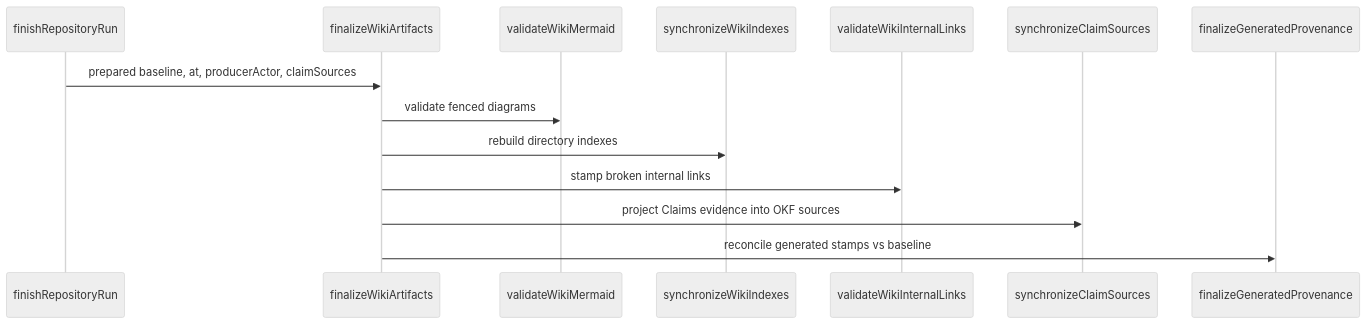
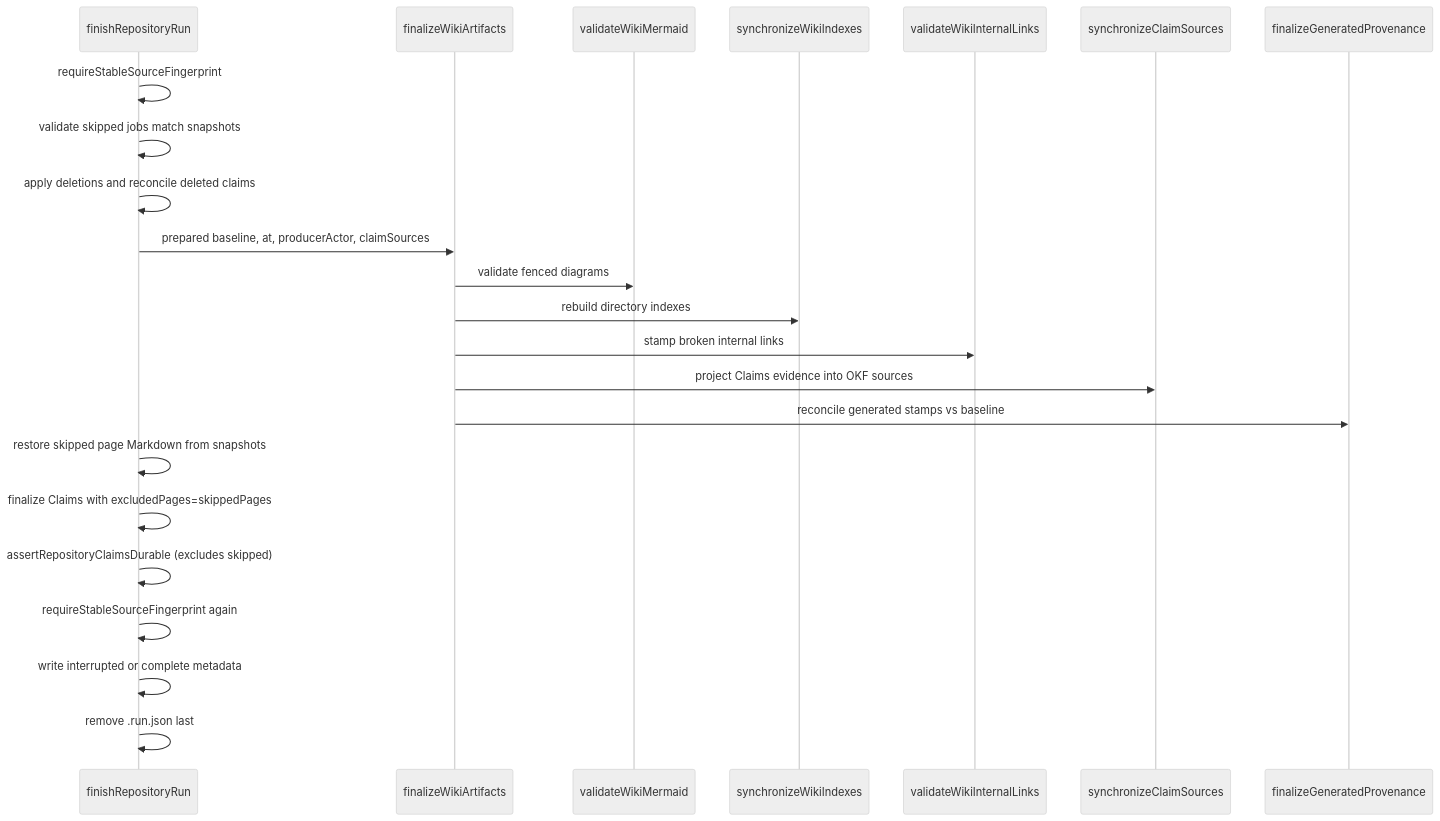
Before and after one commit to Christian-Sidak/openwiki: the diagram in openwiki/workflows/wiki-finalization.md, drawn with Mermaid (neutral theme). The commit also changed other lines of this file and 19 other files, not shown here.

````diff
--- a/openwiki/workflows/wiki-finalization.md
+++ b/openwiki/workflows/wiki-finalization.md
@@ -64,16 +64,25 @@
 ```mermaid
 sequenceDiagram
     participant Caller as finishRepositoryRun
     participant Fin as finalizeWikiArtifacts
     participant Mermaid as validateWikiMermaid
     participant Index as synchronizeWikiIndexes
     participant LinkVal as validateWikiInternalLinks
     participant Claims as synchronizeClaimSources
     participant Prov as finalizeGeneratedProvenance
+    Caller->>Caller: requireStableSourceFingerprint
+    Caller->>Caller: validate skipped jobs match snapshots
+    Caller->>Caller: apply deletions and reconcile deleted claims
     Caller->>Fin: prepared baseline, at, producerActor, claimSources
     Fin->>Mermaid: validate fenced diagrams
     Fin->>Index: rebuild directory indexes
     Fin->>LinkVal: stamp broken internal links
     Fin->>Claims: project Claims evidence into OKF sources
     Fin->>Prov: reconcile generated stamps vs baseline
+    Caller->>Caller: restore skipped page Markdown from snapshots
+    Caller->>Caller: finalize Claims with excludedPages=skippedPages
+    Caller->>Caller: assertRepositoryClaimsDurable (excludes skipped)
+    Caller->>Caller: requireStableSourceFingerprint again
+    Caller->>Caller: write interrupted or complete metadata
+    Caller->>Caller: remove .run.json last
 ```
````
